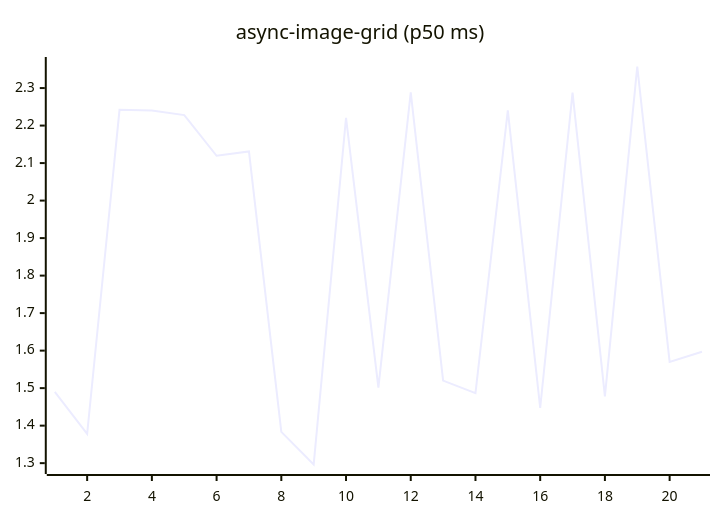
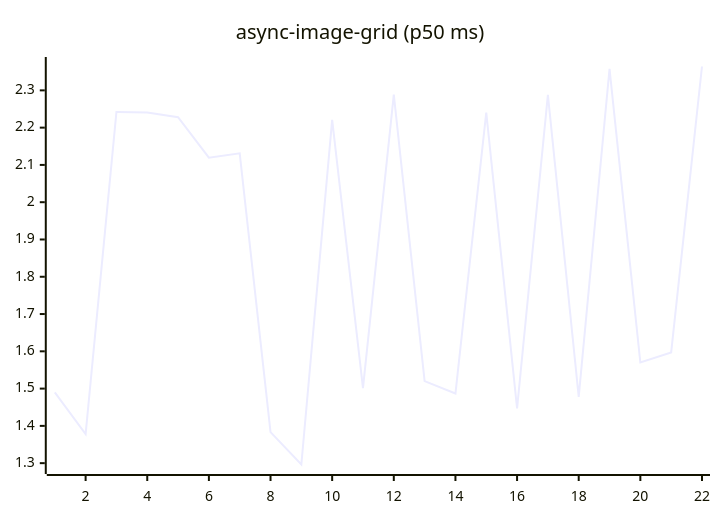
The fifth of 27 diagrams in README.md (josha/Facet), drawn with Mermaid before and after one commit. The commit also changed other lines of this file and 2 other files, not shown here.

````diff
--- a/README.md
+++ b/README.md
@@ -91,6 +91,6 @@
 ```mermaid
 xychart-beta
     title "async-image-grid (p50 ms)"
-    x-axis 1 --> 21
-    line [1.4898, 1.3778, 2.2419, 2.2404, 2.2280, 2.1194, 2.1310, 1.3834, 1.2964, 2.2208, 1.5015, 2.2886, 1.5200, 1.4868, 2.2404, 1.4470, 2.2880, 1.4779, 2.3575, 1.5699, 1.5969]
+    x-axis 1 --> 22
+    line [1.4898, 1.3778, 2.2419, 2.2404, 2.2280, 2.1194, 2.1310, 1.3834, 1.2964, 2.2208, 1.5015, 2.2886, 1.5200, 1.4868, 2.2404, 1.4470, 2.2880, 1.4779, 2.3575, 1.5699, 1.5969, 2.3640]
 ```
````
